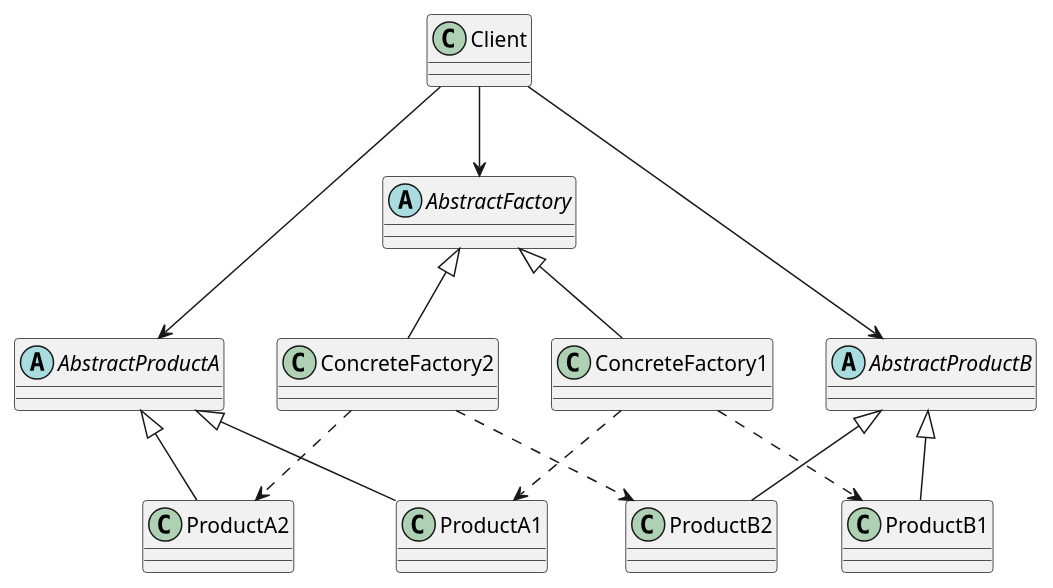
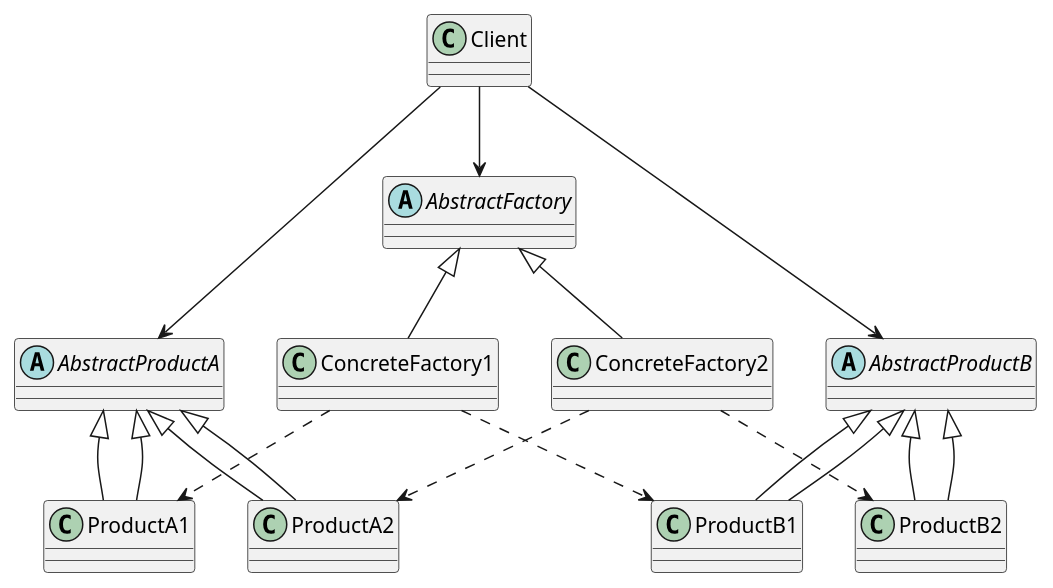
One commit to Fiskr70/Lecture_Examples changed the first of 3 diagrams in LogHub/docs/ЛР1.md. Above: the diagram before and after it, drawn with PlantUML. The commit also changed other lines of this file, not shown here.

````diff
--- a/LogHub/docs/ЛР1.md
+++ b/LogHub/docs/ЛР1.md
@@ -16,27 +16,31 @@
 ```plantuml
 @startuml
 abstract class AbstractFactory
 class ConcreteFactory1
 class ConcreteFactory2
 abstract class AbstractProductA
 abstract class AbstractProductB
 class ProductA1
 class ProductA2
 class ProductB1
 class ProductB2
 class Client
 AbstractFactory <|-- ConcreteFactory1
 AbstractFactory <|-- ConcreteFactory2
 AbstractProductA <|-- ProductA1
 AbstractProductA <|-- ProductA2
 AbstractProductB <|-- ProductB1
 AbstractProductB <|-- ProductB2
+AbstractProductA <|-- ProductA1
+AbstractProductA <|-- ProductA2
+AbstractProductB <|-- ProductB1
+AbstractProductB <|-- ProductB2
 Client --> AbstractFactory
 Client --> AbstractProductA
 Client --> AbstractProductB
 ConcreteFactory1 ..> ProductA1
 ConcreteFactory1 ..> ProductB1
 ConcreteFactory2 ..> ProductA2
 ConcreteFactory2 ..> ProductB2
 @enduml
 ```
````
